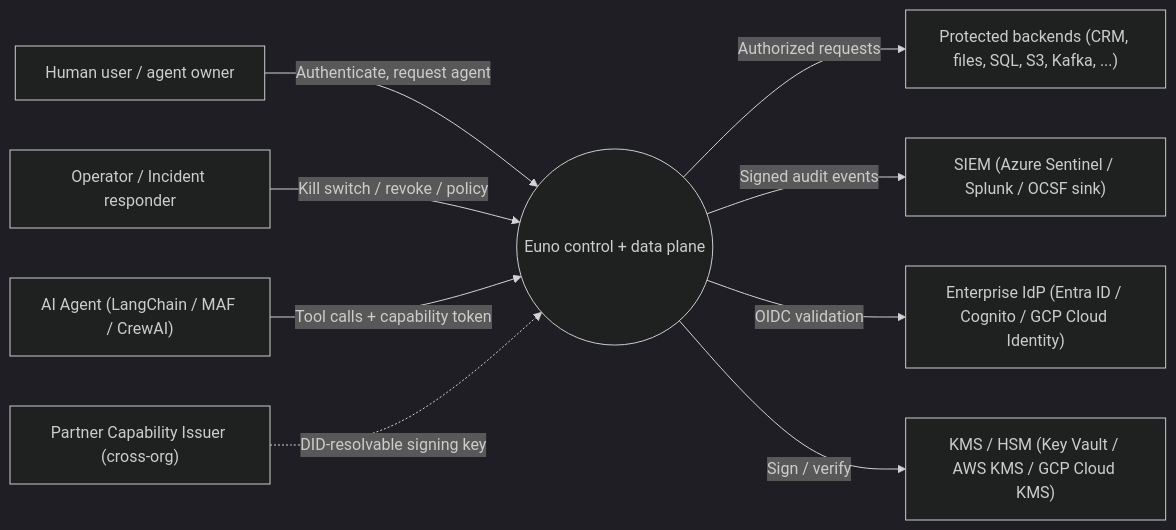
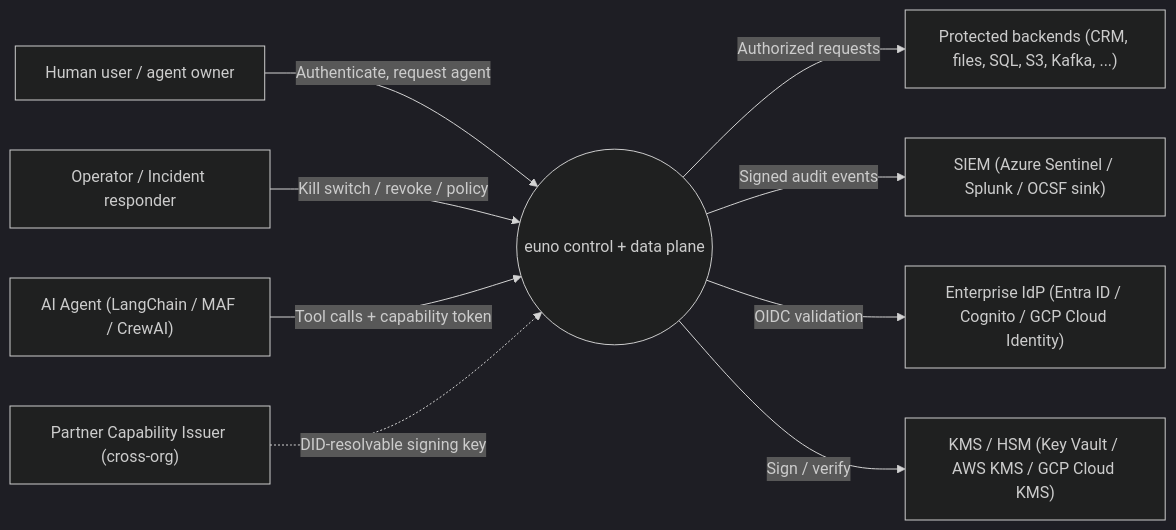
One commit to eunolabs/eunox changed the first of 14 diagrams in docs/ARCHITECTURE.md. Above: the diagram before and after it, drawn with Mermaid (dark theme). The commit also changed other lines of this file and 33 other files, not shown here.

````diff
--- a/docs/ARCHITECTURE.md
+++ b/docs/ARCHITECTURE.md
@@ -42,22 +42,22 @@
 ```mermaid
 flowchart LR
     User["Human user / agent owner"]
     Admin["Operator / Incident responder"]
     Agent["AI Agent (LangChain / MAF / CrewAI)"]
     Backend["Protected backends (CRM, files, SQL, S3, Kafka, ...)"]
     SIEM["SIEM (Azure Sentinel / Splunk / OCSF sink)"]
     IdP["Enterprise IdP (Entra ID / Cognito / GCP Cloud Identity)"]
     KMS["KMS / HSM (Key Vault / AWS KMS / GCP Cloud KMS)"]
     PartnerIssuer["Partner Capability Issuer (cross-org)"]
 
-    Euno(("Euno control + data plane"))
+    euno(("euno control + data plane"))
 
-    User -->|Authenticate, request agent| Euno
-    Admin -->|Kill switch / revoke / policy| Euno
-    Agent -->|Tool calls + capability token| Euno
-    Euno -->|Authorized requests| Backend
-    Euno -->|Signed audit events| SIEM
-    Euno -->|OIDC validation| IdP
-    Euno -->|Sign / verify| KMS
-    PartnerIssuer -.->|DID-resolvable signing key| Euno
+    User -->|Authenticate, request agent| euno
+    Admin -->|Kill switch / revoke / policy| euno
+    Agent -->|Tool calls + capability token| euno
+    euno -->|Authorized requests| Backend
+    euno -->|Signed audit events| SIEM
+    euno -->|OIDC validation| IdP
+    euno -->|Sign / verify| KMS
+    PartnerIssuer -.->|DID-resolvable signing key| euno
 ```
````
